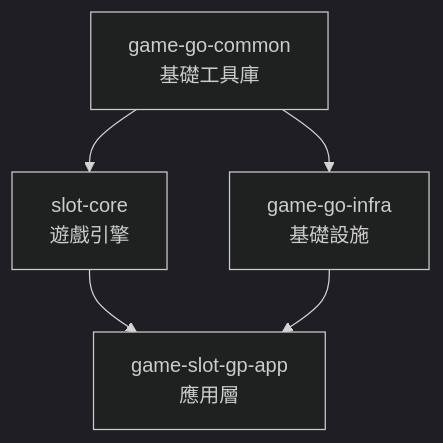
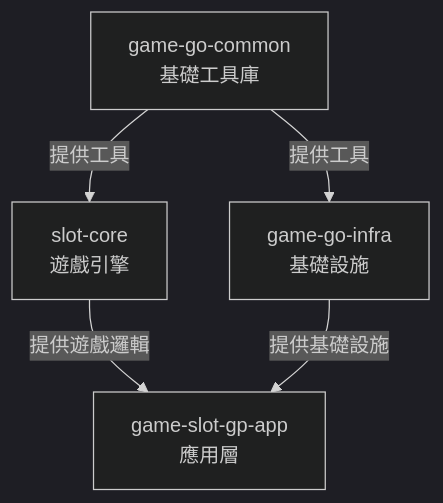
Before and after one commit to Aery9527/misty-marketplace: the second of 8 diagrams in skills/write-md/references/mermaid-guide_zhTW.md, drawn with Mermaid (dark theme). The commit also changed other lines of this file and 11 other files, not shown here.

First line of the commit message:
docs(write-md): 精簡共通規則並修正 Mermaid 範例一致性

````diff
--- a/skills/write-md/references/mermaid-guide_zhTW.md
+++ b/skills/write-md/references/mermaid-guide_zhTW.md
@@ -79,10 +76,10 @@
 ```mermaid
 flowchart TD
     Common["game-go-common<br/>基礎工具庫"]
     Core["slot-core<br/>遊戲引擎"]
     Infra["game-go-infra<br/>基礎設施"]
-    Common --> Core
-    Common --> Infra
-    Core --> App["game-slot-gp-app<br/>應用層"]
-    Infra --> App
+    Common -->|提供工具| Core
+    Common -->|提供工具| Infra
+    Core -->|提供遊戲邏輯| App["game-slot-gp-app<br/>應用層"]
+    Infra -->|提供基礎設施| App
 ```
````
